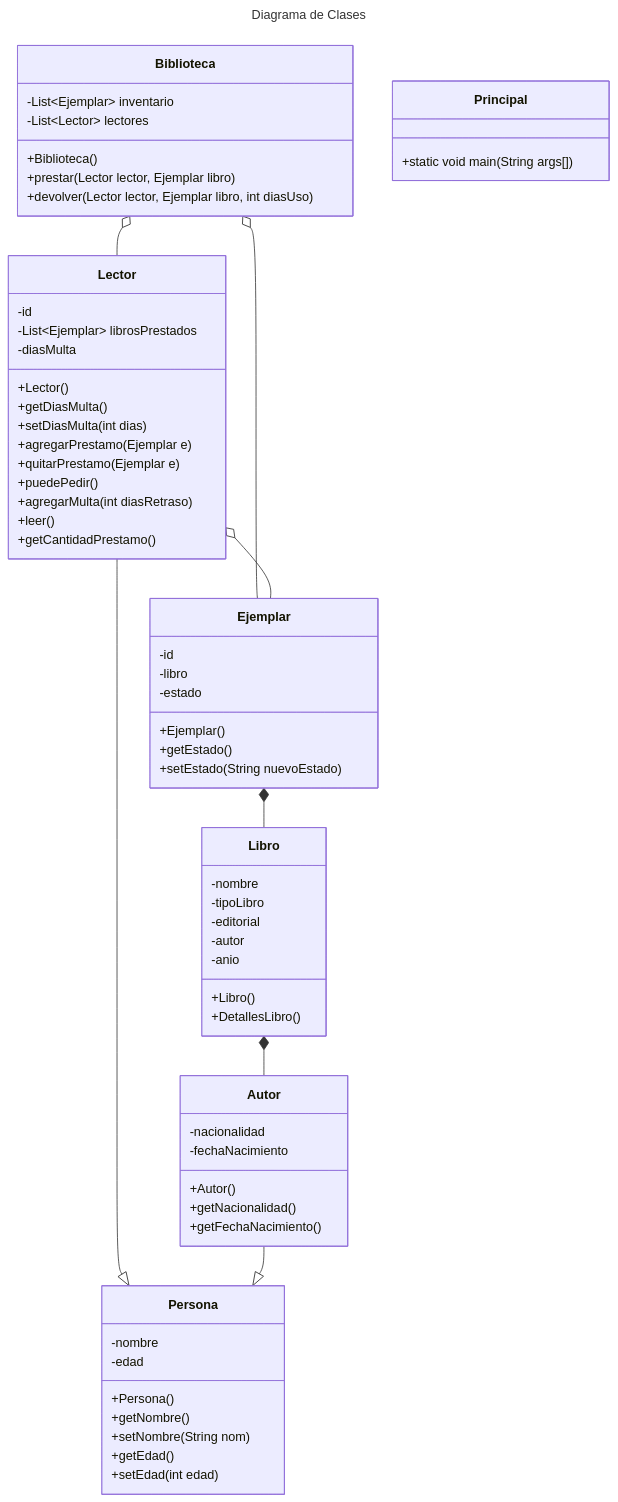
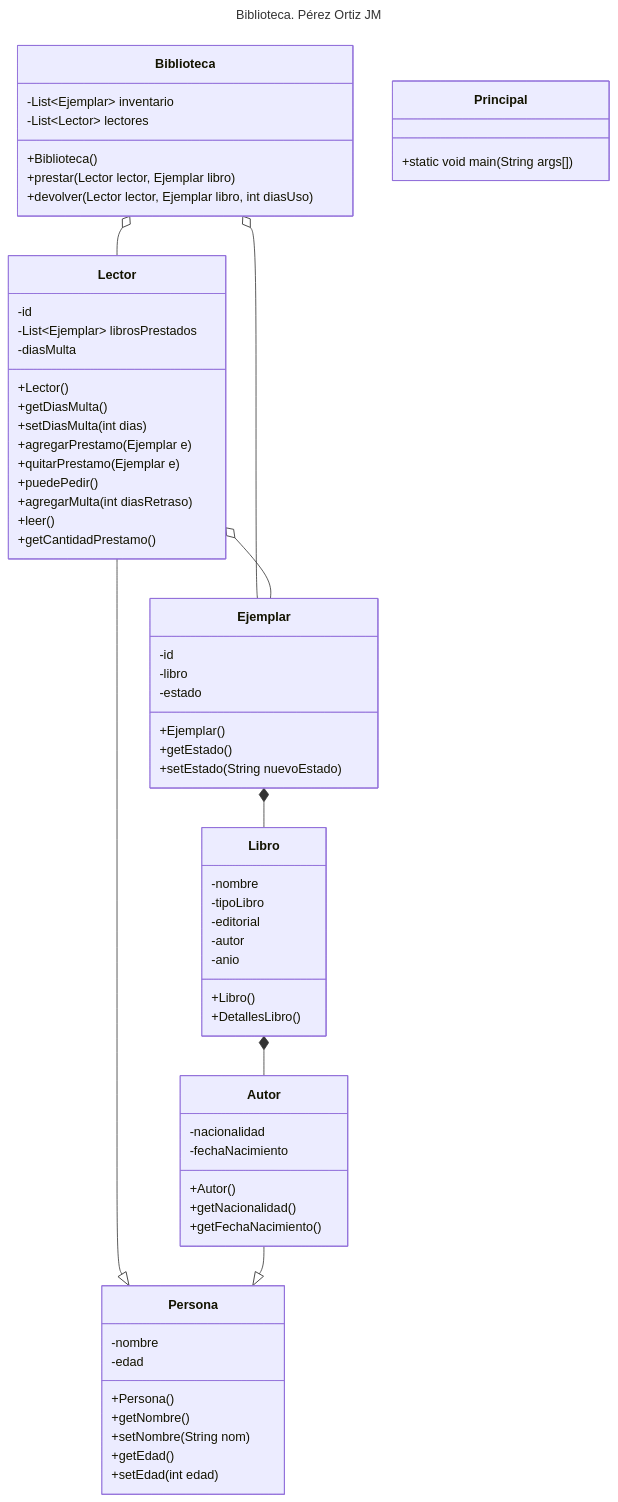
Before and after one commit to mauryci2/Jaime-Felix-POO-Base: the diagram in README.md, drawn with Mermaid.

Commit message:
modifique el titulo por Biblioteca y mi nombre

````diff
--- a/README.md
+++ b/README.md
@@ -7,74 +7,74 @@
 ```mermaid
 ---
-title: Diagrama de Clases
+title: Biblioteca. Pérez Ortiz JM
 ---
 classDiagram
       Lector --|> Persona
       Autor --|> Persona
 
       Biblioteca o-- Ejemplar
       Biblioteca o-- Lector
       Ejemplar *-- Libro
       Libro *-- Autor
       Lector o-- Ejemplar
       class Principal{
             +static void main(String args[])
       }
       class Biblioteca{
             -List~Ejemplar~ inventario
             -List~Lector~ lectores
             +Biblioteca()
             +prestar(Lector lector, Ejemplar libro)
             +devolver(Lector lector, Ejemplar libro, int diasUso)
             
       }
             
       class Libro{
             -nombre
             -tipoLibro
             -editorial
             -autor
             -anio
             +Libro()
             +DetallesLibro()
             
       }
       class Lector{
             -id
             -List~Ejemplar~ librosPrestados
             -diasMulta
             +Lector()
             +getDiasMulta()
             +setDiasMulta(int dias)
             +agregarPrestamo(Ejemplar e)
             +quitarPrestamo(Ejemplar e)
             +puedePedir()
             +agregarMulta(int diasRetraso)
             +leer()
             +getCantidadPrestamo()
             }
       class Ejemplar {
             -id
             -libro
             -estado
             +Ejemplar()
             +getEstado()
             +setEstado(String nuevoEstado)
       }
       class Autor{
             -nacionalidad
             -fechaNacimiento
             +Autor()
             +getNacionalidad()
             +getFechaNacimiento()
       }
       class Persona{
             -nombre
             -edad
             +Persona()
             +getNombre()
             +setNombre(String nom)
             +getEdad()
             +setEdad(int edad)
       }
 ```
````
